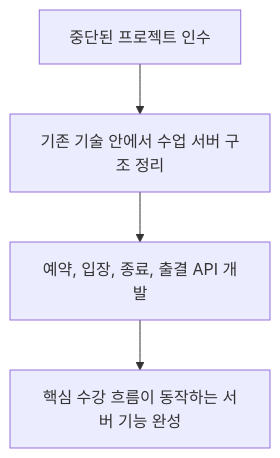
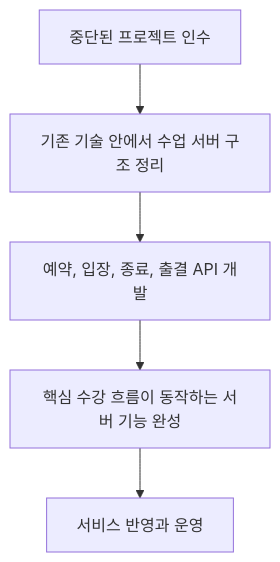
Before and after one commit to KimHG1995/work-history: the diagram in projects/education-services/class-app-server.md, drawn with Mermaid. The commit also changed other lines of this file and 15 other files, not shown here.

Commit message:
docs: 전체 프로젝트의 서비스 반영과 운영 경험 명시

````diff
--- a/projects/education-services/class-app-server.md
+++ b/projects/education-services/class-app-server.md
@@ -31,6 +31,7 @@
 ```mermaid
 flowchart TD
     take["중단된 프로젝트 인수"] --> design["기존 기술 안에서 수업 서버 구조 정리"]
     design --> api["예약, 입장, 종료, 출결 API 개발"]
     api --> complete["핵심 수강 흐름이 동작하는 서버 기능 완성"]
+    complete --> operation["서비스 반영과 운영"]
 ```
````
